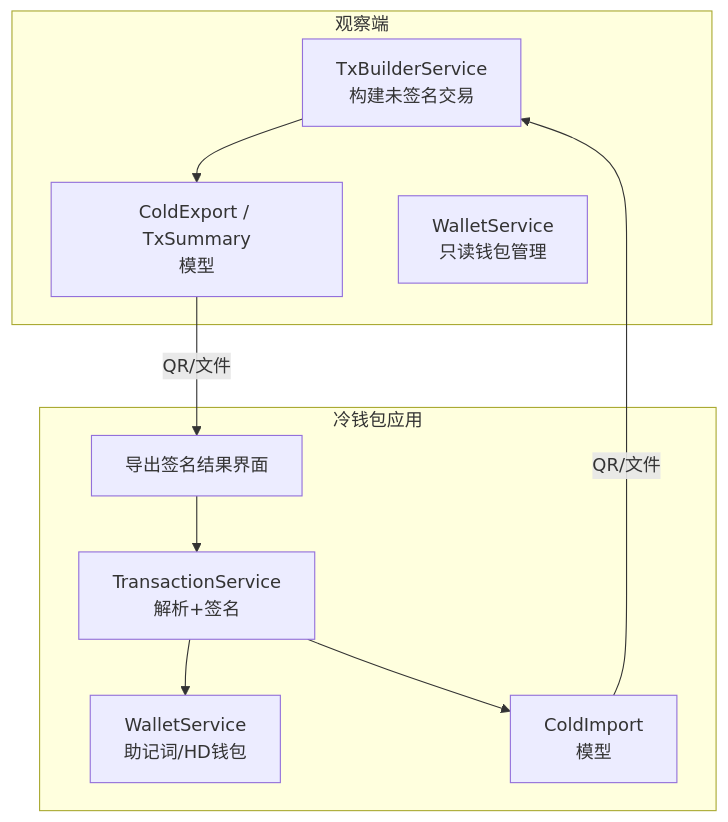
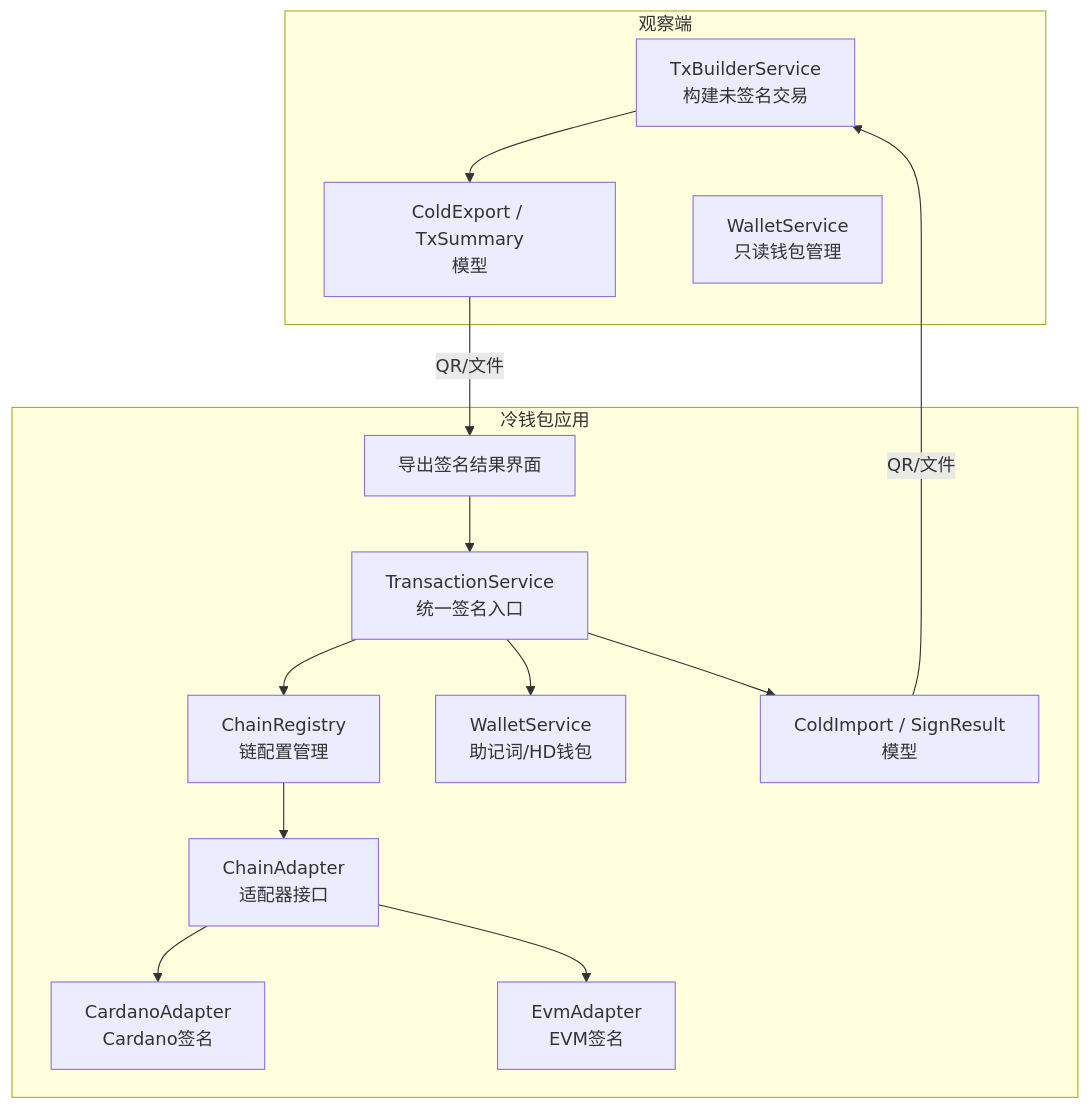
The first of 7 diagrams in .qoder/repowiki/zh/content/核心服务/交易处理服务.md (EqualToEthan/stasis), drawn with Mermaid before and after one commit. The commit also changed other lines of this file and 40 other files, not shown here.

````diff
--- a/.qoder/repowiki/zh/content/核心服务/交易处理服务.md
+++ b/.qoder/repowiki/zh/content/核心服务/交易处理服务.md
@@ -38,20 +53,28 @@
 ```mermaid
 graph TB
 subgraph "观察端"
 W1["TxBuilderService<br/>构建未签名交易"]
 M1["ColdExport / TxSummary<br/>模型"]
 S1["WalletService<br/>只读钱包管理"]
 end
 subgraph "冷钱包应用"
-T1["TransactionService<br/>解析+签名"]
-M2["ColdImport<br/>模型"]
+T1["TransactionService<br/>统一签名入口"]
+A1["ChainRegistry<br/>链配置管理"]
+A2["ChainAdapter<br/>适配器接口"]
+A3["CardanoAdapter<br/>Cardano签名"]
+A4["EvmAdapter<br/>EVM签名"]
+M2["ColdImport / SignResult<br/>模型"]
 S2["WalletService<br/>助记词/HD钱包"]
 UI1["导出签名结果界面"]
 end
 W1 --> M1
 M1 -- "QR/文件" --> UI1
 UI1 --> T1
+T1 --> A1
+A1 --> A2
+A2 --> A3
+A2 --> A4
 T1 --> S2
 T1 --> M2
 M2 -- "QR/文件" --> W1
 ```
````
